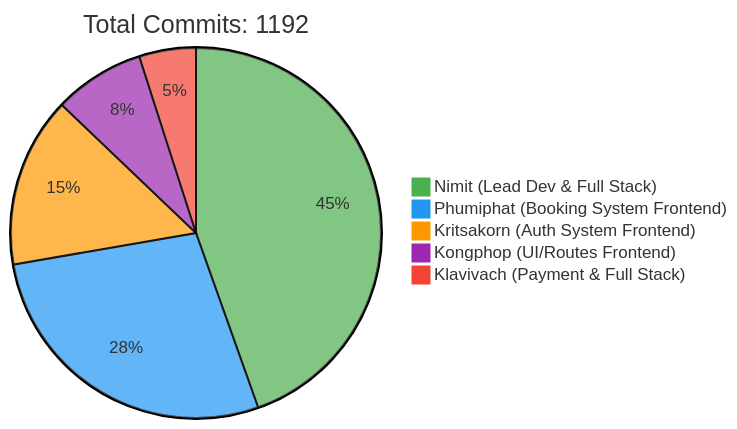
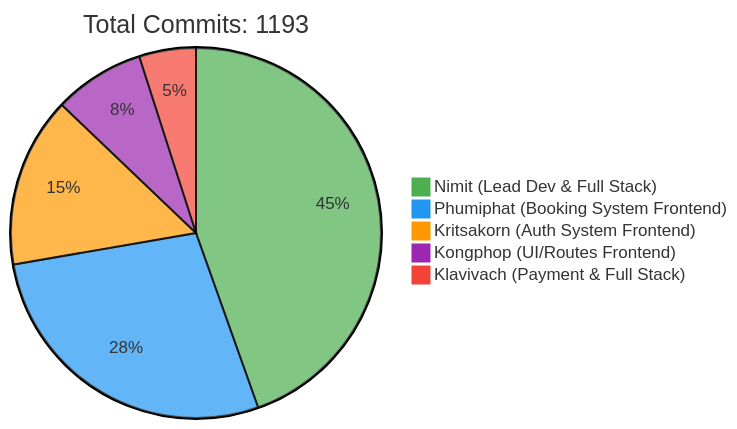
Before and after one commit to 6531503042/Sport-Complex: the first of 2 diagrams in README.md, drawn with Mermaid. The commit also changed other lines of this file, not shown here.

Commit message:
docs: Update contributor statistics [skip ci]

````diff
--- a/README.md
+++ b/README.md
@@ -257,10 +257,10 @@
 ```mermaid
 %%{init: {'theme': 'base', 'themeVariables': { 'pie1': '#4CAF50', 'pie2': '#2196F3', 'pie3': '#FF9800', 'pie4': '#9C27B0', 'pie5': '#F44336'}}}%%
 pie
-    title Total Commits: 1192
+    title Total Commits: 1193
     "Nimit (Lead Dev & Full Stack)" : 450
     "Phumiphat (Booking System Frontend)" : 280
     "Kritsakorn (Auth System Frontend)" : 150
     "Kongphop (UI/Routes Frontend)" : 80
     "Klavivach (Payment & Full Stack)" : 50
 ```
````
